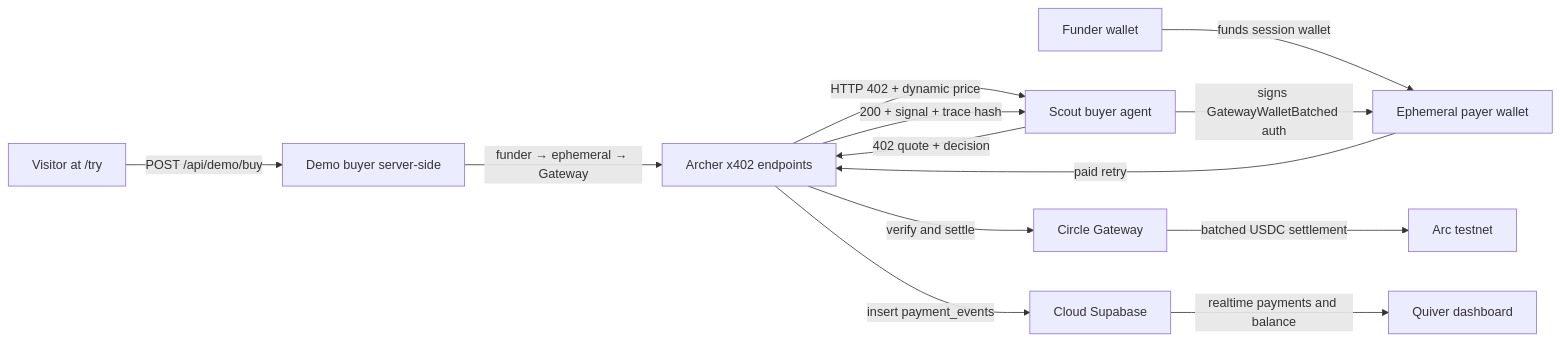
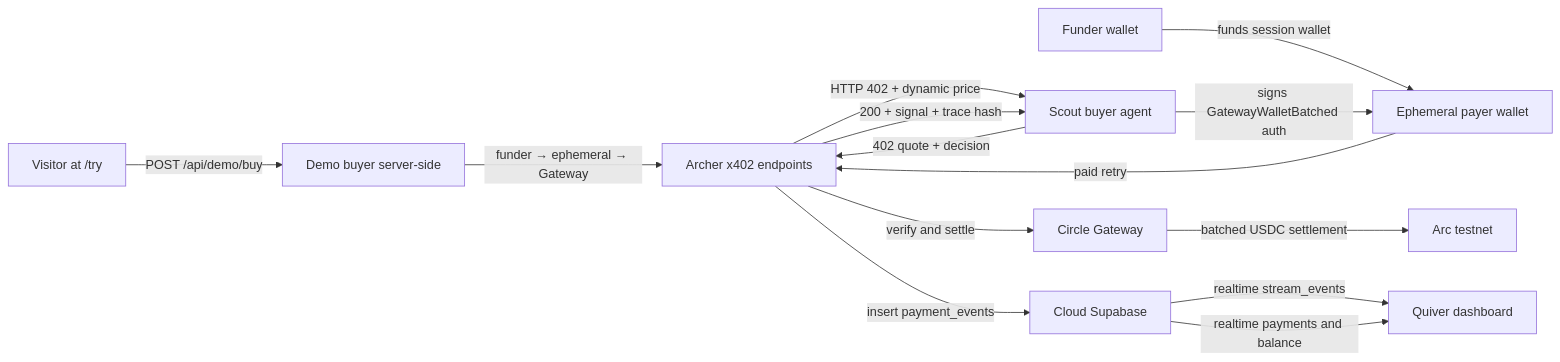
One commit to botmechanic/quiver changed the diagram in README.md. Above: the diagram before and after it, drawn with Mermaid. The commit also changed other lines of this file and 26 other files, not shown here.

````diff
--- a/README.md
+++ b/README.md
@@ -27,15 +28,16 @@
 ```mermaid
 flowchart LR
   Visitor["Visitor at /try"] -->|"POST /api/demo/buy"| Demo["Demo buyer server-side"]
   Demo -->|"funder → ephemeral → Gateway"| Archer["Archer x402 endpoints"]
   Scout["Scout buyer agent"] -->|"402 quote + decision"| Archer
   Archer -->|"HTTP 402 + dynamic price"| Scout
   Funder["Funder wallet"] -->|"funds session wallet"| Ephemeral["Ephemeral payer wallet"]
   Scout -->|"signs GatewayWalletBatched auth"| Ephemeral
   Ephemeral -->|"paid retry"| Archer
   Archer -->|"verify and settle"| Gateway["Circle Gateway"]
   Gateway -->|"batched USDC settlement"| Arc["Arc testnet"]
   Archer -->|"200 + signal + trace hash"| Scout
   Archer -->|"insert payment_events"| Supabase["Cloud Supabase"]
-  Supabase -->|"realtime payments and balance"| Dashboard["Quiver dashboard"]
+  Supabase -->|"realtime stream_events"| Dashboard["Quiver dashboard"]
+  Supabase -->|"realtime payments and balance"| Dashboard
 ```
````
